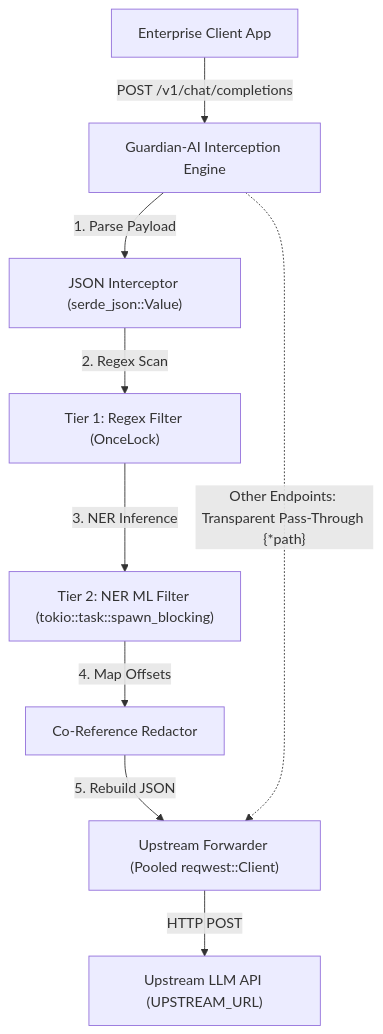
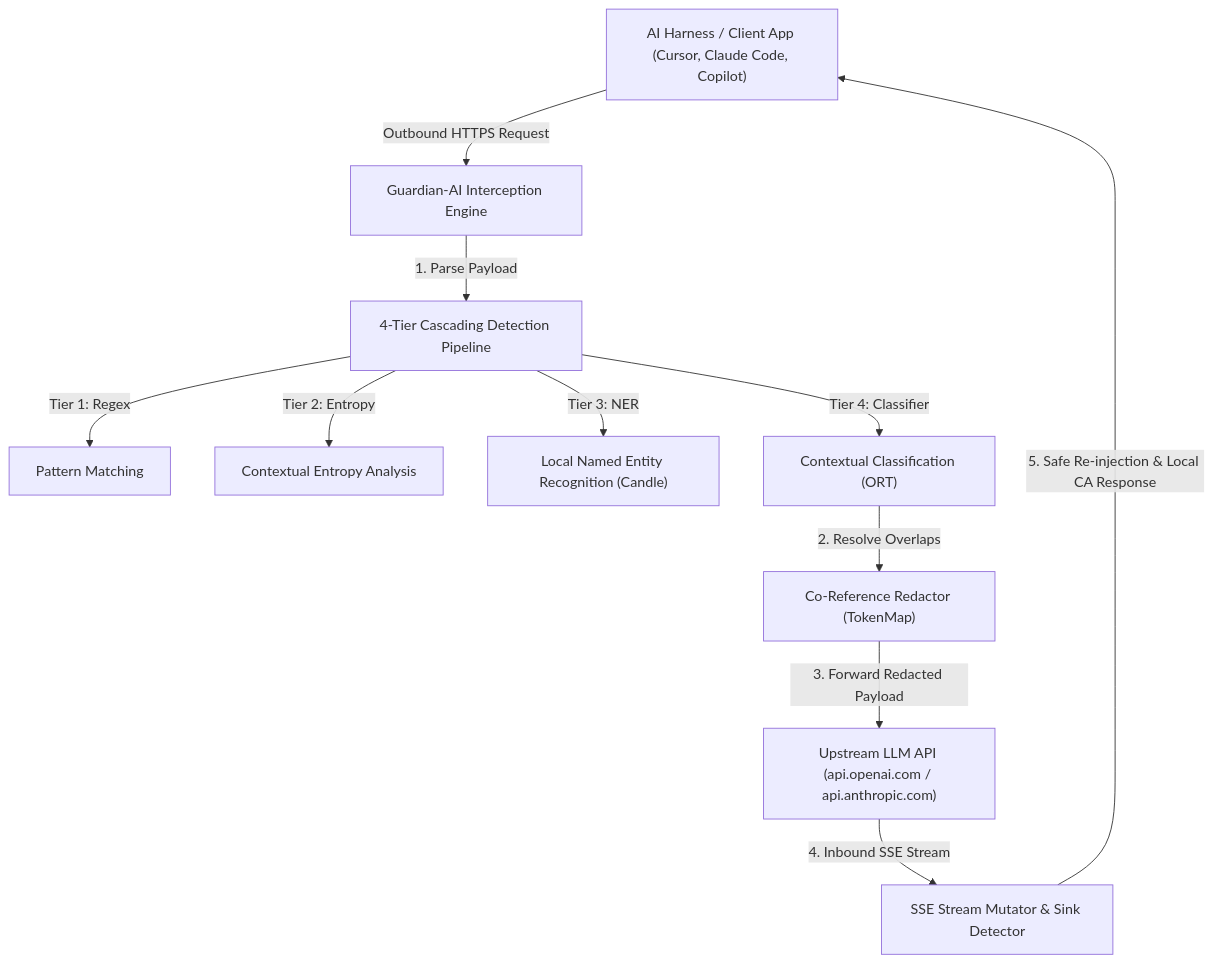
The diagram in README.md (devg24/llm-firewall), drawn with Mermaid before and after one commit. The commit also changed other lines of this file and 17 other files, not shown here.

````diff
--- a/README.md
+++ b/README.md
@@ -28,11 +33,13 @@
 ```mermaid
 graph TD
-    Client["Enterprise Client App"] -->|POST /v1/chat/completions| Proxy["Guardian-AI Interception Engine"]
-    Proxy -->|1. Parse Payload| JSONFilter["JSON Interceptor (serde_json::Value)"]
-    JSONFilter -->|2. Regex Scan| RegexFilter["Tier 1: Regex Filter (OnceLock)"]
-    RegexFilter -->|3. NER Inference| MLFilter["Tier 2: NER ML Filter (tokio::task::spawn_blocking)"]
-    MLFilter -->|4. Map Offsets| Redactor["Co-Reference Redactor"]
-    Redactor -->|5. Rebuild JSON| Forwarder["Upstream Forwarder (Pooled reqwest::Client)"]
-    Forwarder -->|HTTP POST| Upstream["Upstream LLM API (UPSTREAM_URL)"]
-    Proxy -.->|"Other Endpoints: Transparent Pass-Through {*path}"| Forwarder
+    Client["AI Harness / Client App (Cursor, Claude Code, Copilot)"] -->|Outbound HTTPS Request| Proxy["Guardian-AI Interception Engine"]
+    Proxy -->|1. Parse Payload| Pipeline["4-Tier Cascading Detection Pipeline"]
+    Pipeline -->|Tier 1: Regex| T1["Pattern Matching"]
+    Pipeline -->|Tier 2: Entropy| T2["Contextual Entropy Analysis"]
+    Pipeline -->|Tier 3: NER| T3["Local Named Entity Recognition (Candle)"]
+    Pipeline -->|Tier 4: Classifier| T4["Contextual Classification (ORT)"]
+    T4 -->|2. Resolve Overlaps| Redactor["Co-Reference Redactor (TokenMap)"]
+    Redactor -->|3. Forward Redacted Payload| Upstream["Upstream LLM API (api.openai.com / api.anthropic.com)"]
+    Upstream -->|4. Inbound SSE Stream| StreamMutator["SSE Stream Mutator & Sink Detector"]
+    StreamMutator -->|5. Safe Re-injection & Local CA Response| Client
 ```
````
